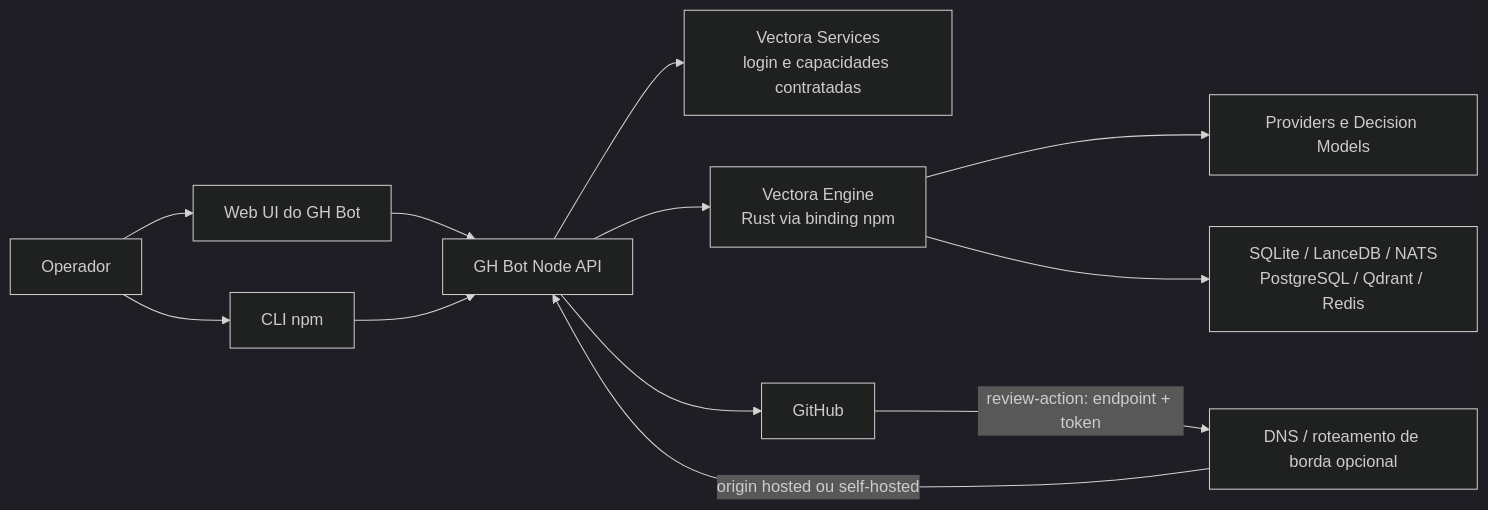
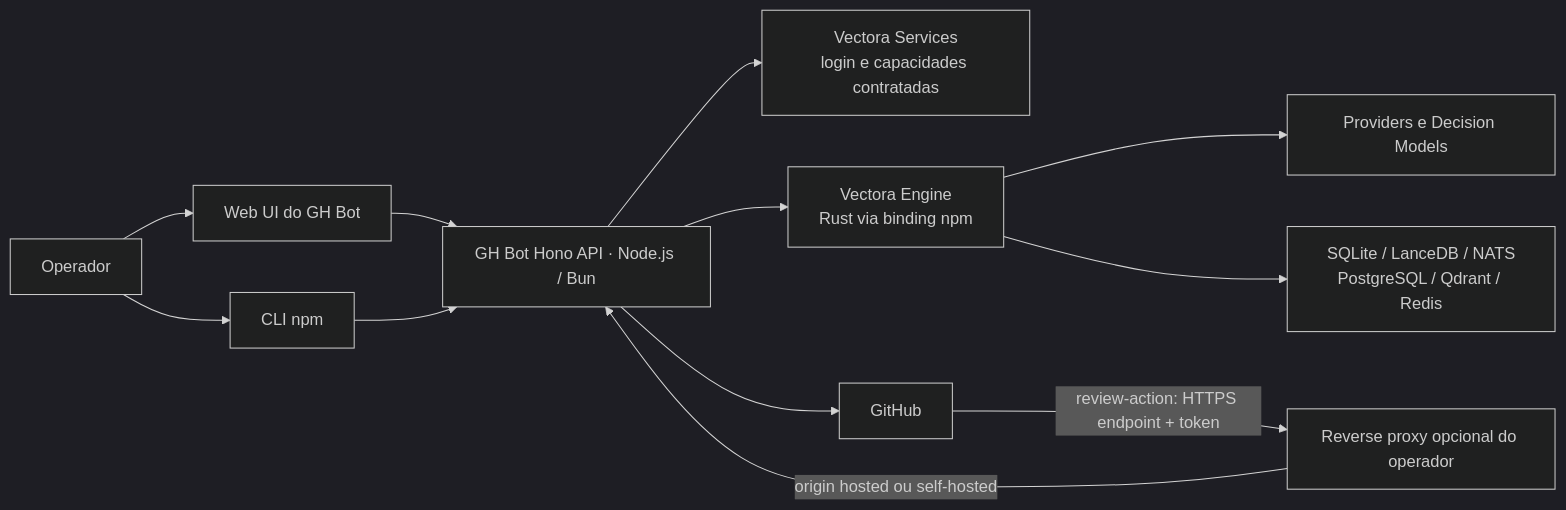
The diagram in docs/architecture.md (vectora-company/gh-bot), drawn with Mermaid (dark theme) before and after one commit. The commit also changed other lines of this file and 23 other files, not shown here.

Commit message:
feat: adicionar painel TanStack e runtime Hono Bun

````diff
--- a/docs/architecture.md
+++ b/docs/architecture.md
@@ -5,14 +5,14 @@
 ```mermaid
 flowchart LR
   Operator[Operador] --> UI[Web UI do GH Bot]
   Operator --> CLI[CLI npm]
-  UI --> API[GH Bot Node API]
+  UI --> API[GH Bot Hono API · Node.js / Bun]
   CLI --> API
   API --> Services[Vectora Services<br/>login e capacidades contratadas]
   API --> Engine[Vectora Engine<br/>Rust via binding npm]
   Engine --> Providers[Providers e Decision Models]
   Engine --> Stores[SQLite / LanceDB / NATS<br/>PostgreSQL / Qdrant / Redis]
-  GitHub[GitHub] -->|review-action: endpoint + token| Edge[DNS / roteamento de borda opcional]
-  Edge -->|origin hosted ou self-hosted| API
+  GitHub[GitHub] -->|review-action: HTTPS endpoint + token| Proxy[Reverse proxy opcional do operador]
+  Proxy -->|origin hosted ou self-hosted| API
   API --> GitHub
 ```
````
